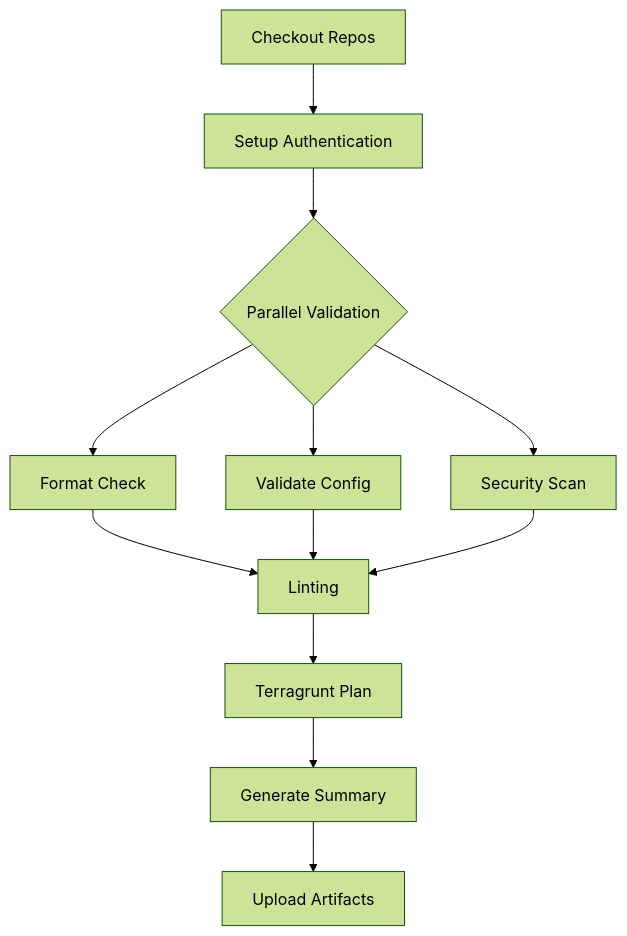
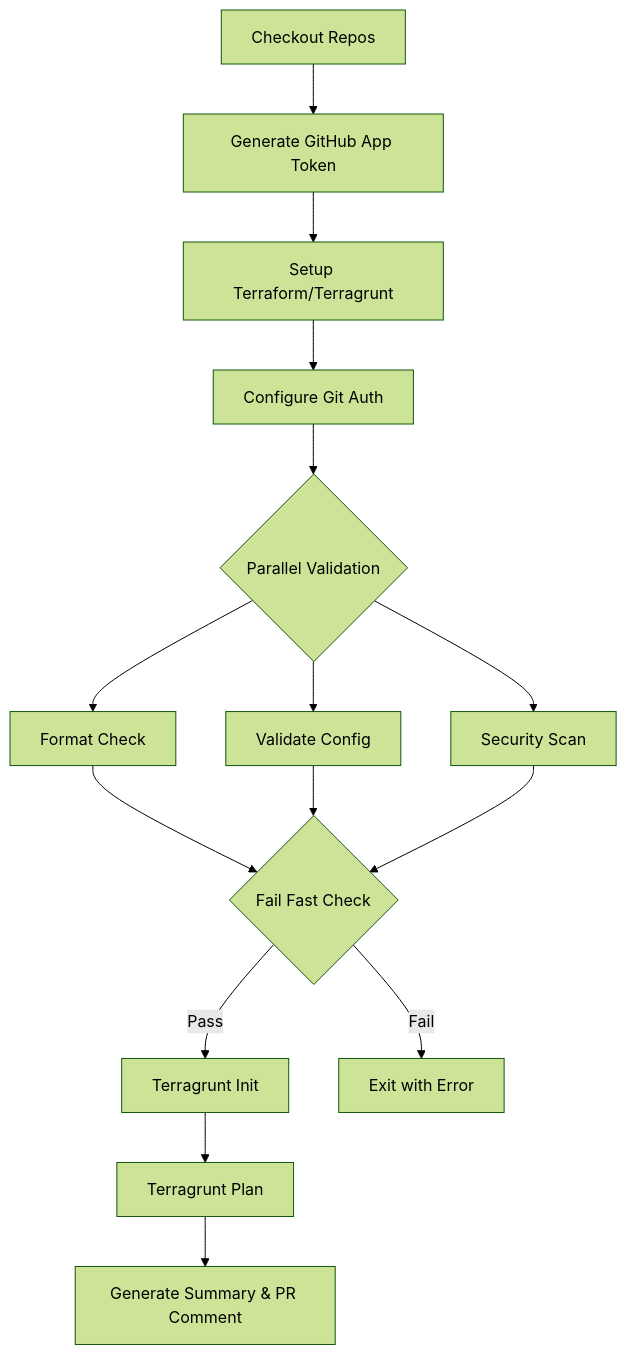
The first of 4 diagrams in docs/WORKFLOWS.md (honeyhiveai/honeyhive-workflows), drawn with Mermaid (forest theme) before and after one commit. The commit also changed other lines of this file and 12 other files, not shown here.

````diff
--- a/docs/WORKFLOWS.md
+++ b/docs/WORKFLOWS.md
@@ -65,14 +57,17 @@
 ```mermaid
 graph TD
-    A[Checkout Repos] --> B[Setup Authentication]
-    B --> C{Parallel Validation}
-    C --> D[Format Check]
-    C --> E[Validate Config]
-    C --> F[Security Scan]
-    D --> G[Linting]
-    E --> G
-    F --> G
-    G --> H[Terragrunt Plan]
-    H --> I[Generate Summary]
-    I --> J[Upload Artifacts]
+    A[Checkout Repos] --> B[Generate GitHub App Token]
+    B --> C[Setup Terraform/Terragrunt]
+    C --> D[Configure Git Auth]
+    D --> E{Parallel Validation}
+    E --> F[Format Check]
+    E --> G[Validate Config]
+    E --> H[Security Scan]
+    F --> I{Fail Fast Check}
+    G --> I
+    H --> I
+    I -->|Pass| J[Terragrunt Init]
+    I -->|Fail| K[Exit with Error]
+    J --> L[Terragrunt Plan]
+    L --> M[Generate Summary & PR Comment]
 ```
````
